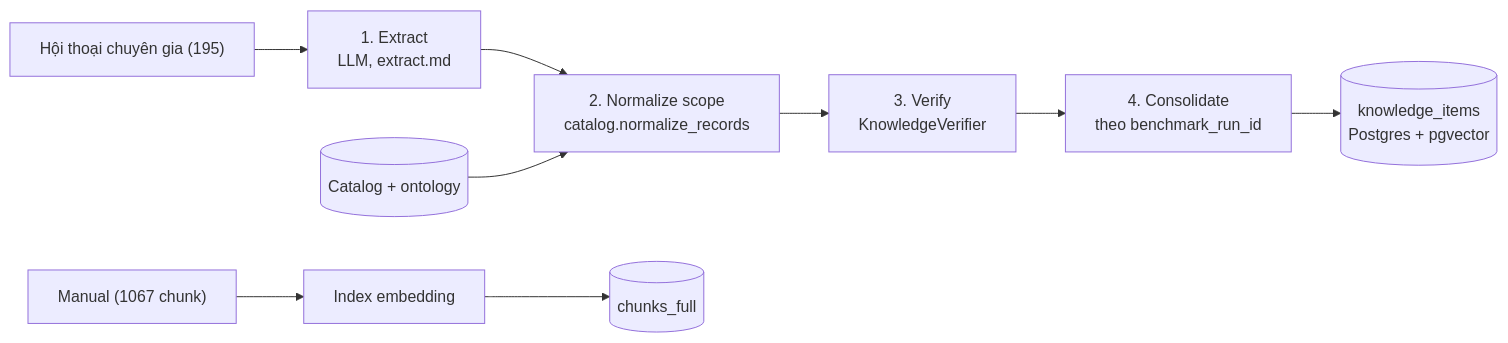
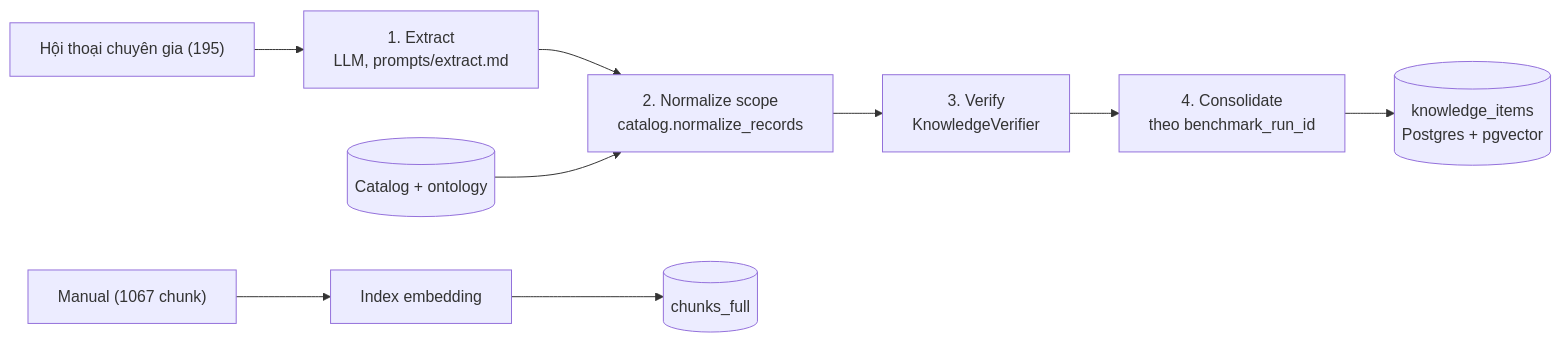
Before and after one commit to VinhPhamAI/factory-memo: the first of 2 diagrams in docs/industrial-qa-kb.md, drawn with Mermaid. The commit also changed other lines of this file and 31 other files, not shown here.

````diff
--- a/docs/industrial-qa-kb.md
+++ b/docs/industrial-qa-kb.md
@@ -56,11 +56,11 @@
 ```mermaid
 flowchart LR
-    conv["Hội thoại chuyên gia (195)"] --> ex["1. Extract<br/>LLM, extract.md"]
+    conv["Hội thoại chuyên gia (195)"] --> ex["1. Extract<br/>LLM, prompts/extract.md"]
     ex --> norm["2. Normalize scope<br/>catalog.normalize_records"]
     cat[("Catalog + ontology")] --> norm
     norm --> ver["3. Verify<br/>KnowledgeVerifier"]
     ver --> con["4. Consolidate<br/>theo benchmark_run_id"]
     con --> ki[("knowledge_items<br/>Postgres + pgvector")]
     man["Manual (1067 chunk)"] --> idx["Index embedding"]
     idx --> cf[("chunks_full")]
 ```
````
